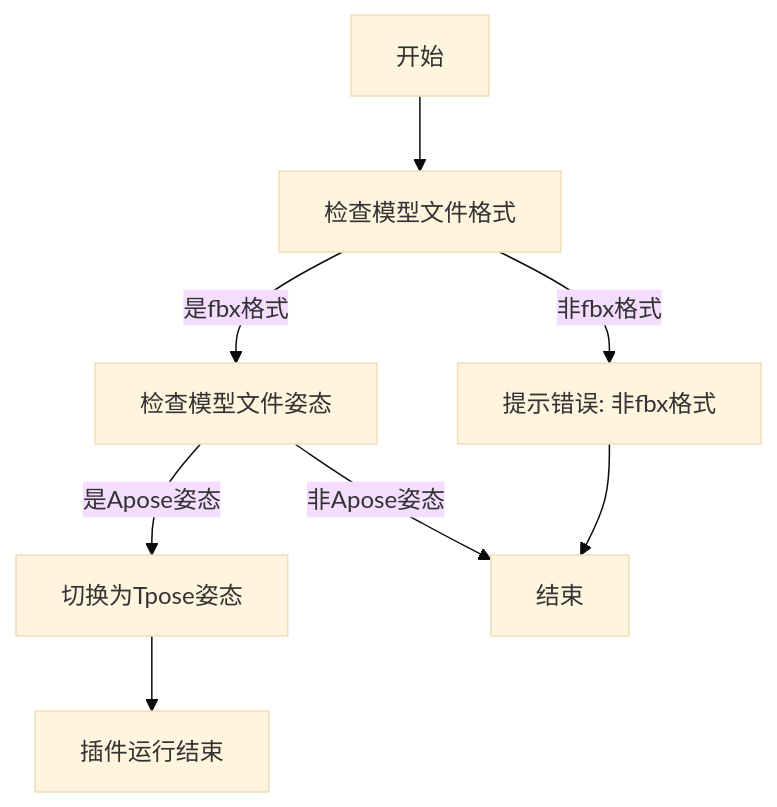
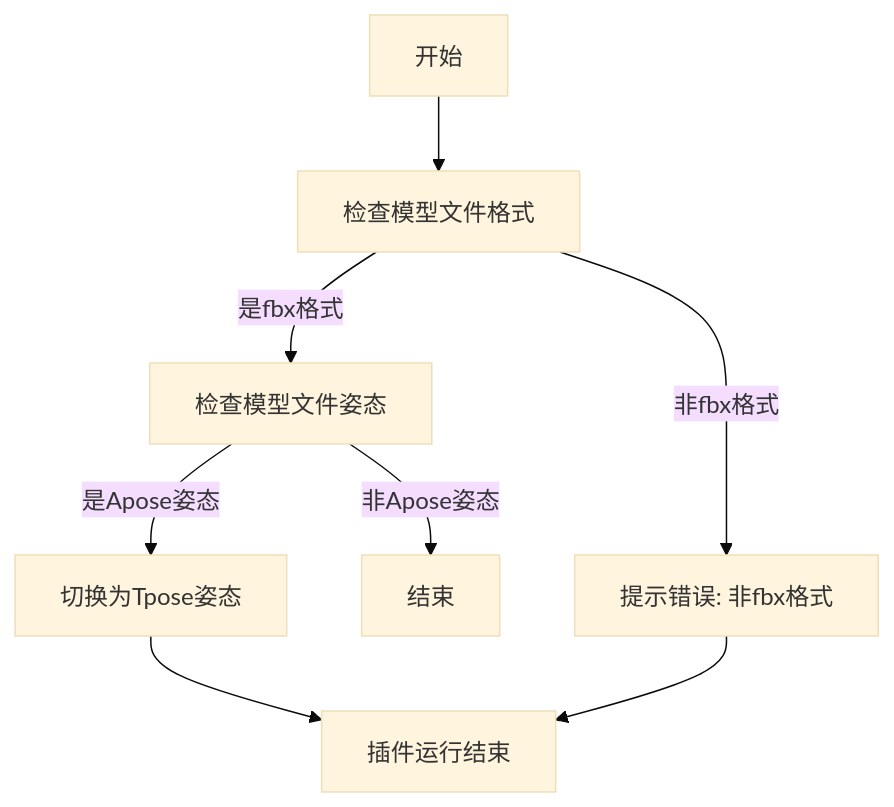
Before and after one commit to zade23/iodraw-files: the diagram in all/未命名-1.md, drawn with Mermaid (base theme).

Commit message:
2024-11-25 18:03:43 update

````diff
--- a/all/未命名-1.md
+++ b/all/未命名-1.md
@@ -1,13 +1,13 @@
 ```mermaid
 graph TD
     A[开始] --> B[检查模型文件格式]
     B -->|是fbx格式| C[检查模型文件姿态]
     B -->|非fbx格式| D[提示错误: 非fbx格式]
     C -->|是Apose姿态| E[切换为Tpose姿态]
     C -->|非Apose姿态| F[结束]
     E --> G[插件运行结束]
-    D --> F
+    D --> G
 
 
 
 ```
````
